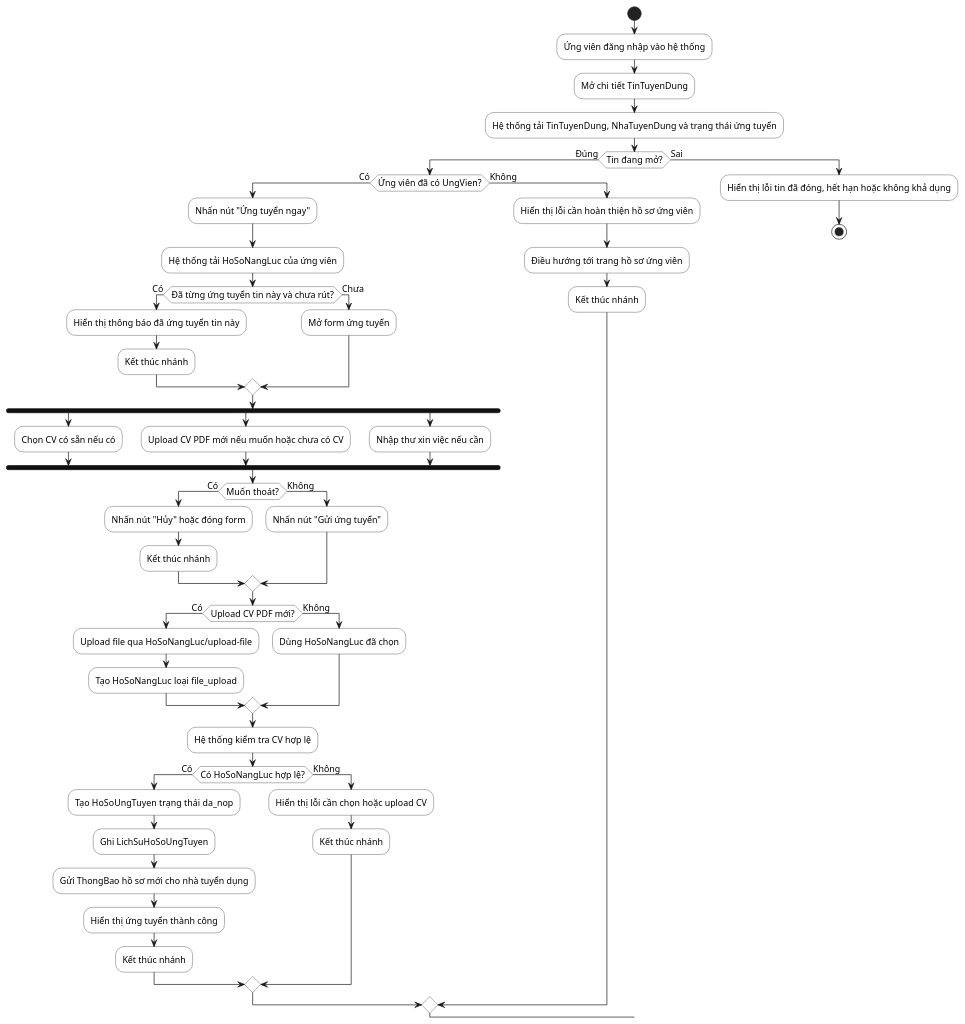
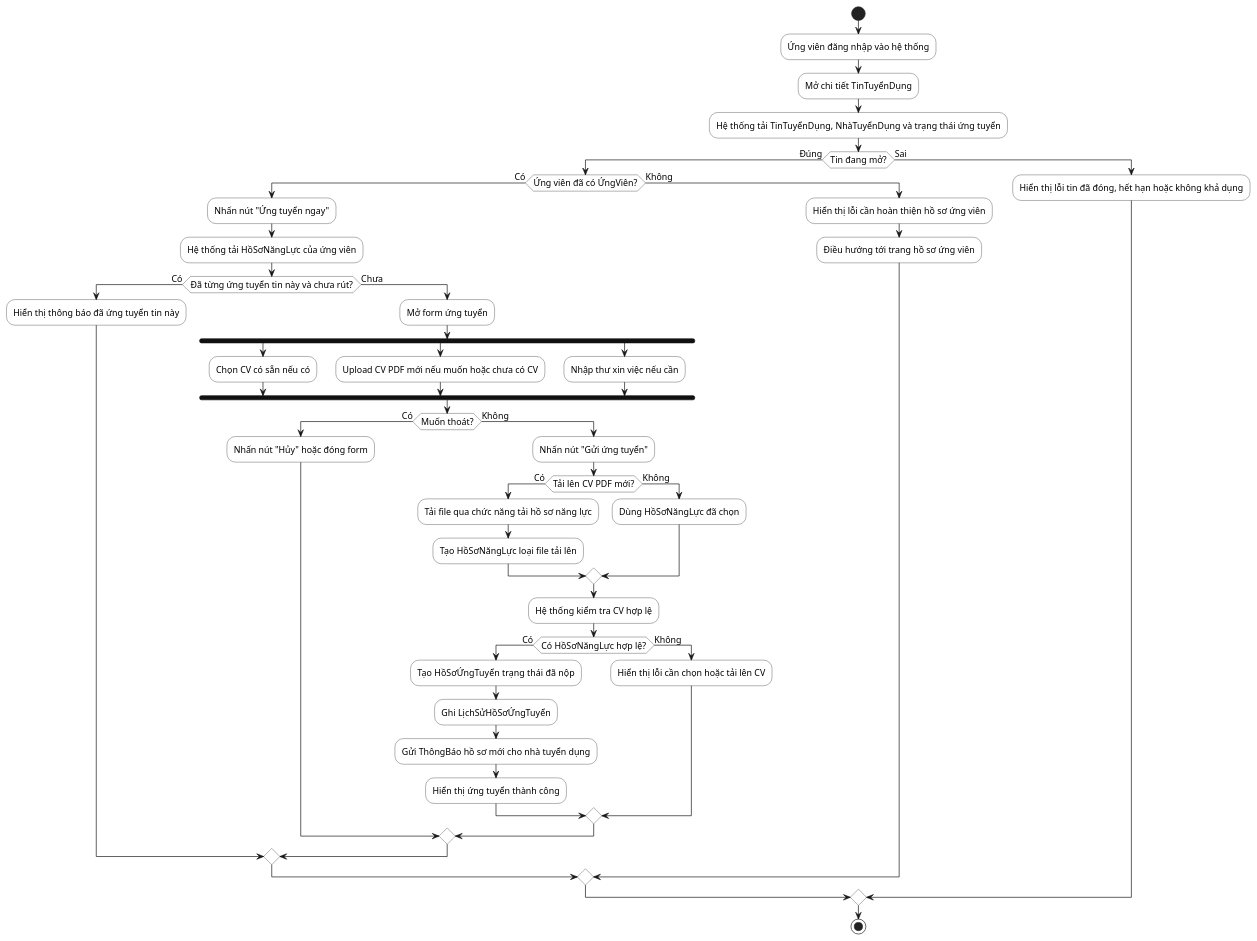
One commit to hole-six/DoAn changed the diagram in docs/so-do/02-activity/10-activity-ung-tuyen-tin-tuyen-dung.puml. Above: the diagram before and after it, drawn with PlantUML. The commit also changed 1039 other files, not shown here.

```diff
--- a/docs/so-do/02-activity/10-activity-ung-tuyen-tin-tuyen-dung.puml
+++ b/docs/so-do/02-activity/10-activity-ung-tuyen-tin-tuyen-dung.puml
@@ -1,66 +1,61 @@
 @startuml
 skinparam defaultFontName "Segoe UI"
 skinparam defaultFontSize 13
 skinparam shadowing false
 skinparam linetype ortho
 skinparam activity {
   BackgroundColor White
   BorderColor #222222
   DiamondBackgroundColor White
   DiamondBorderColor #222222
   BarColor #111111
 }
 start
 :Ứng viên đăng nhập vào hệ thống;
-:Mở chi tiết TinTuyenDung;
-:Hệ thống tải TinTuyenDung, NhaTuyenDung và trạng thái ứng tuyển;
+:Mở chi tiết TinTuyểnDụng;
+:Hệ thống tải TinTuyểnDụng, NhàTuyểnDụng và trạng thái ứng tuyển;
 if (Tin đang mở?) then (Đúng)
-  if (Ứng viên đã có UngVien?) then (Có)
+  if (Ứng viên đã có ỨngViên?) then (Có)
     :Nhấn nút "Ứng tuyển ngay";
-    :Hệ thống tải HoSoNangLuc của ứng viên;
+    :Hệ thống tải HồSơNăngLực của ứng viên;
     if (Đã từng ứng tuyển tin này và chưa rút?) then (Có)
       :Hiển thị thông báo đã ứng tuyển tin này;
-      :Kết thúc nhánh;
     else (Chưa)
       :Mở form ứng tuyển;
-    endif
-    fork
-      :Chọn CV có sẵn nếu có;
-    fork again
-      :Upload CV PDF mới nếu muốn hoặc chưa có CV;
-    fork again
-      :Nhập thư xin việc nếu cần;
-    end fork
-    if (Muốn thoát?) then (Có)
-      :Nhấn nút "Hủy" hoặc đóng form;
-      :Kết thúc nhánh;
-    else (Không)
-      :Nhấn nút "Gửi ứng tuyển";
-    endif
-    if (Upload CV PDF mới?) then (Có)
-      :Upload file qua HoSoNangLuc/upload-file;
-      :Tạo HoSoNangLuc loại file_upload;
-    else (Không)
-      :Dùng HoSoNangLuc đã chọn;
-    endif
-    :Hệ thống kiểm tra CV hợp lệ;
-    if (Có HoSoNangLuc hợp lệ?) then (Có)
-      :Tạo HoSoUngTuyen trạng thái da_nop;
-      :Ghi LichSuHoSoUngTuyen;
-      :Gửi ThongBao hồ sơ mới cho nhà tuyển dụng;
-      :Hiển thị ứng tuyển thành công;
-      :Kết thúc nhánh;
-    else (Không)
-      :Hiển thị lỗi cần chọn hoặc upload CV;
-      :Kết thúc nhánh;
+      fork
+        :Chọn CV có sẵn nếu có;
+      fork again
+        :Upload CV PDF mới nếu muốn hoặc chưa có CV;
+      fork again
+        :Nhập thư xin việc nếu cần;
+      end fork
+      if (Muốn thoát?) then (Có)
+        :Nhấn nút "Hủy" hoặc đóng form;
+      else (Không)
+        :Nhấn nút "Gửi ứng tuyển";
+        if (Tải lên CV PDF mới?) then (Có)
+          :Tải file qua chức năng tải hồ sơ năng lực;
+          :Tạo HồSơNăngLực loại file tải lên;
+        else (Không)
+          :Dùng HồSơNăngLực đã chọn;
+        endif
+        :Hệ thống kiểm tra CV hợp lệ;
+        if (Có HồSơNăngLực hợp lệ?) then (Có)
+          :Tạo HồSơỨngTuyển trạng thái đã nộp;
+          :Ghi LịchSửHồSơỨngTuyển;
+          :Gửi ThôngBáo hồ sơ mới cho nhà tuyển dụng;
+          :Hiển thị ứng tuyển thành công;
+        else (Không)
+          :Hiển thị lỗi cần chọn hoặc tải lên CV;
+        endif
+      endif
     endif
   else (Không)
     :Hiển thị lỗi cần hoàn thiện hồ sơ ứng viên;
     :Điều hướng tới trang hồ sơ ứng viên;
-    :Kết thúc nhánh;
   endif
 else (Sai)
   :Hiển thị lỗi tin đã đóng, hết hạn hoặc không khả dụng;
-  stop
 endif
+stop
 @enduml
```
